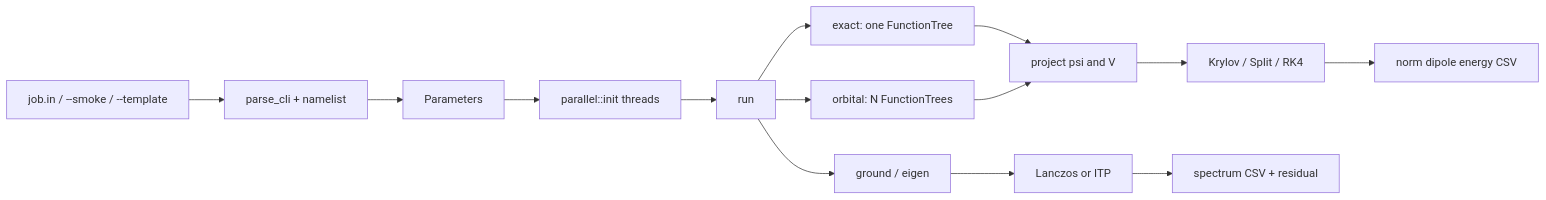
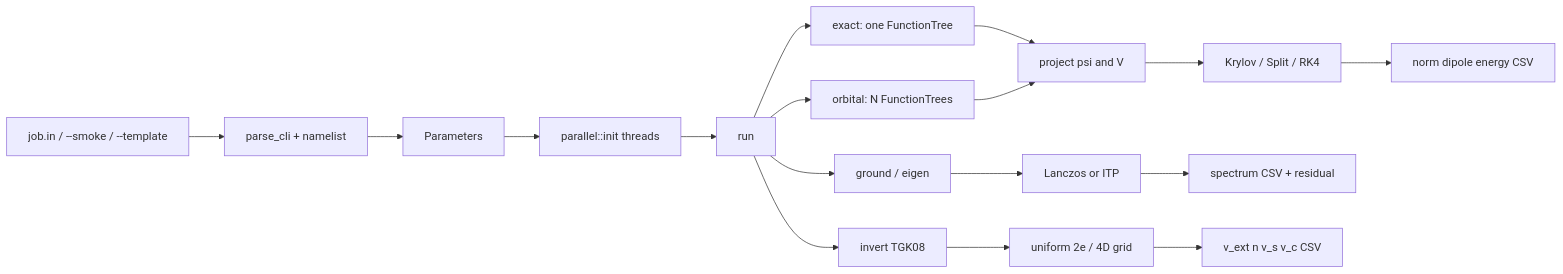
One commit to kluonju/NumericalTDSE changed the second of 2 diagrams in README.md. Above: the diagram before and after it, drawn with Mermaid. The commit also changed other lines of this file and 20 other files, not shown here.

````diff
--- a/README.md
+++ b/README.md
@@ -72,16 +77,19 @@
 ```mermaid
 flowchart LR
   A["job.in / --smoke / --template"] --> B["parse_cli + namelist"]
   B --> C["Parameters"]
   C --> D["parallel::init threads"]
   D --> E["run"]
   E --> F["exact: one FunctionTree"]
   E --> G["orbital: N FunctionTrees"]
   E --> S["ground / eigen"]
+  E --> INV["invert TGK08"]
   F --> H["project psi and V"]
   G --> H
   S --> L["Lanczos or ITP"]
+  INV --> N["uniform 2e / 4D grid"]
   H --> I["Krylov / Split / RK4"]
   I --> J["norm dipole energy CSV"]
   L --> K["spectrum CSV + residual"]
+  N --> P["v_ext n v_s v_c CSV"]
 ```
````
